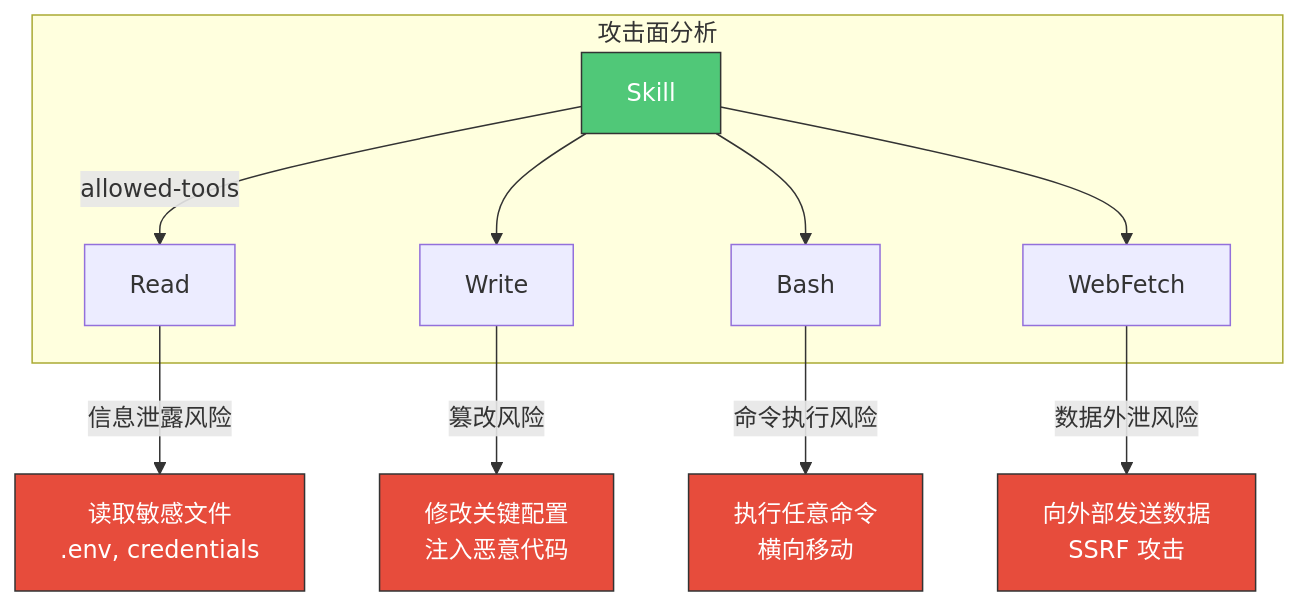
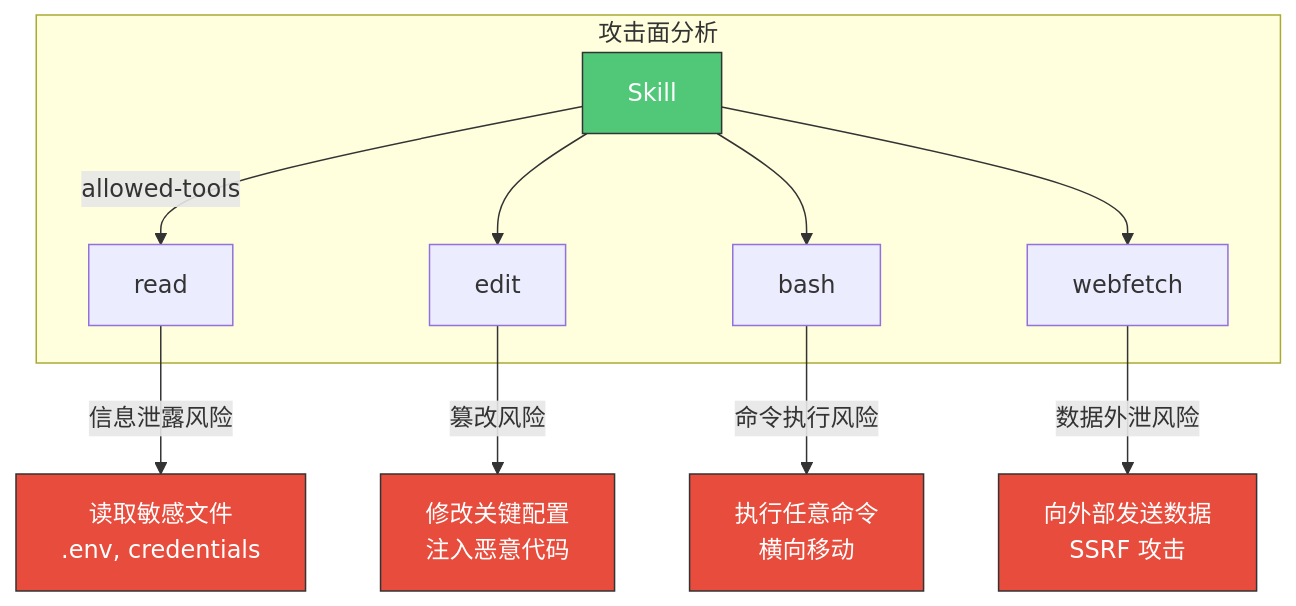
Before and after one commit to tonydeng/harness-engineering-from-oc-to-ai-coding: the sixth of 7 diagrams in src/02-core-concepts/skills-system.md, drawn with Mermaid. The commit also changed other lines of this file and 331 other files, not shown here.

````diff
--- a/src/02-core-concepts/skills-system.md
+++ b/src/02-core-concepts/skills-system.md
@@ -453,20 +524,20 @@
 ```mermaid
 graph TB
     subgraph Attack[攻击面分析]
-        S[Skill] --> |"allowed-tools"| T1[Read]
-        S --> T2[Write]
-        S --> T3[Bash]
-        S --> T4[WebFetch]
+        S[Skill] --> |"allowed-tools"| T1[read]
+        S --> T2[edit]
+        S --> T3[bash]
+        S --> T4[webfetch]
     end
     
     T1 --> |"信息泄露风险"| R1[读取敏感文件<br/>.env, credentials]
     T2 --> |"篡改风险"| R2[修改关键配置<br/>注入恶意代码]
     T3 --> |"命令执行风险"| R3[执行任意命令<br/>横向移动]
     T4 --> |"数据外泄风险"| R4[向外部发送数据<br/>SSRF 攻击]
     
     style S fill:#50C878,stroke:#333,color:#fff
     style R1 fill:#E74C3C,stroke:#333,color:#fff
     style R2 fill:#E74C3C,stroke:#333,color:#fff
     style R3 fill:#E74C3C,stroke:#333,color:#fff
     style R4 fill:#E74C3C,stroke:#333,color:#fff
 ```
````
